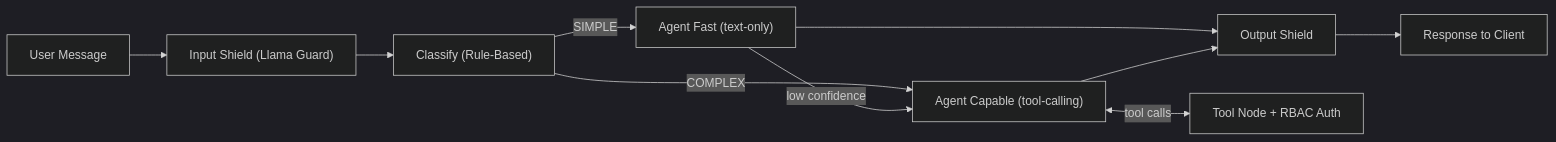
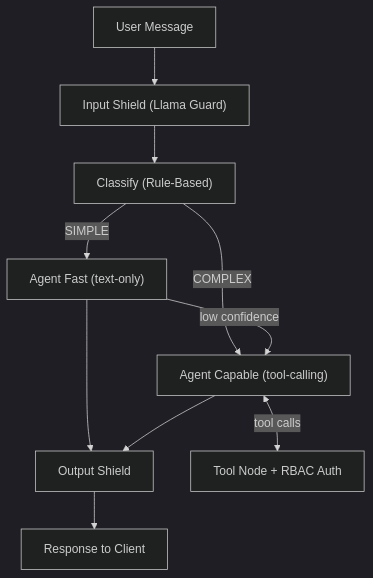
Before and after one commit to rh-ai-quickstart/multi-agent-loan-origination: the second of 2 diagrams in README.md, drawn with Mermaid (dark theme).

Commit message:
docs: change agent flow diagram to top-down layout

````diff
--- a/README.md
+++ b/README.md
@@ -90,12 +90,12 @@
 ```mermaid
-graph LR
+graph TD
     Input["User Message"] --> Shield1["Input Shield (Llama Guard)"]
     Shield1 --> Classify["Classify (Rule-Based)"]
     Classify -->|SIMPLE| Fast["Agent Fast (text-only)"]
     Classify -->|COMPLEX| Capable["Agent Capable (tool-calling)"]
     Fast -->|low confidence| Capable
     Fast --> Shield2["Output Shield"]
     Capable <-->|tool calls| Tools["Tool Node + RBAC Auth"]
     Capable --> Shield2
     Shield2 --> Output["Response to Client"]
 ```
````
